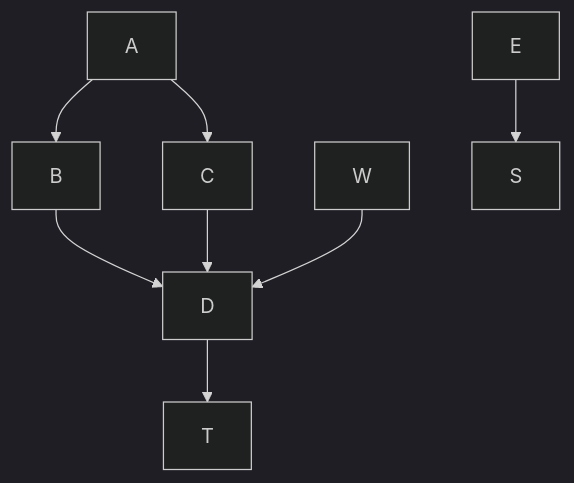
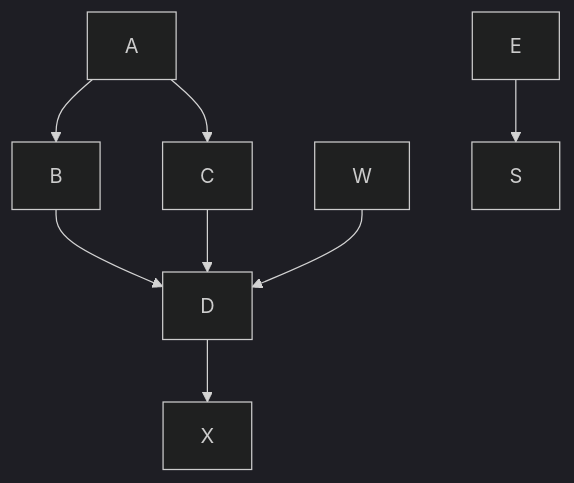
The first of 2 diagrams in hope/flew_inline.md (omar-binary/mermaid-markdown-test), drawn with Mermaid (dark theme) before and after one commit. The commit also changed other lines of this file, not shown here.

````diff
--- a/hope/flew_inline.md
+++ b/hope/flew_inline.md
@@ -5,10 +5,10 @@
 ```mermaid
 graph TD;
     A-->B;
     A-->C;
     B-->D;
     C-->D;
     W-->D;
     E-->S;
-    D-->T;
+    D-->X;
 ```
````
